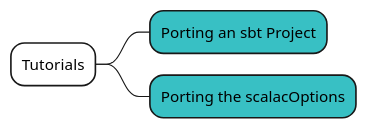
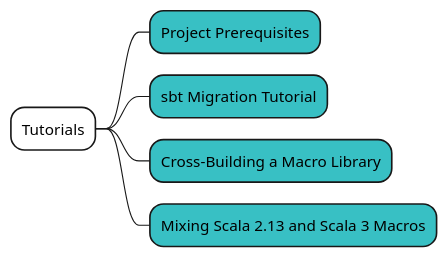
The fourth of 7 diagrams in docs/step01/04_Migration_guideを俯瞰してみる.md (shinharad/getting-started-with-scala3), drawn with PlantUML before and after one commit. The commit also changed other lines of this file and 6 other files, not shown here.

Commit message:
Scala 3 Migration guideの変更を一部反映

````diff
--- a/docs/step01/04_Migration_guideを俯瞰してみる.md
+++ b/docs/step01/04_Migration_guideを俯瞰してみる.md
@@ -65,7 +69,9 @@
 ```plantuml
 @startmindmap
 *[#fff] Tutorials
-**[#38c0c4] Porting an sbt Project
-**[#38c0c4] Porting the scalacOptions
+**[#38c0c4] Project Prerequisites
+**[#38c0c4] sbt Migration Tutorial
+**[#38c0c4] Cross-Building a Macro Library
+**[#38c0c4] Mixing Scala 2.13 and Scala 3 Macros
 @endmindmap
 ```
````
